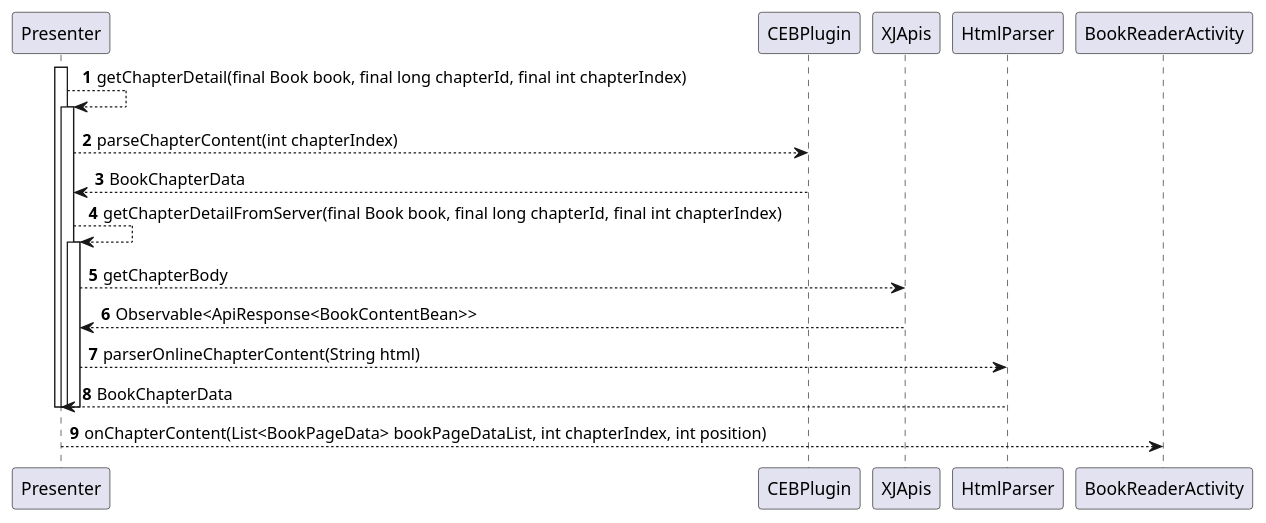
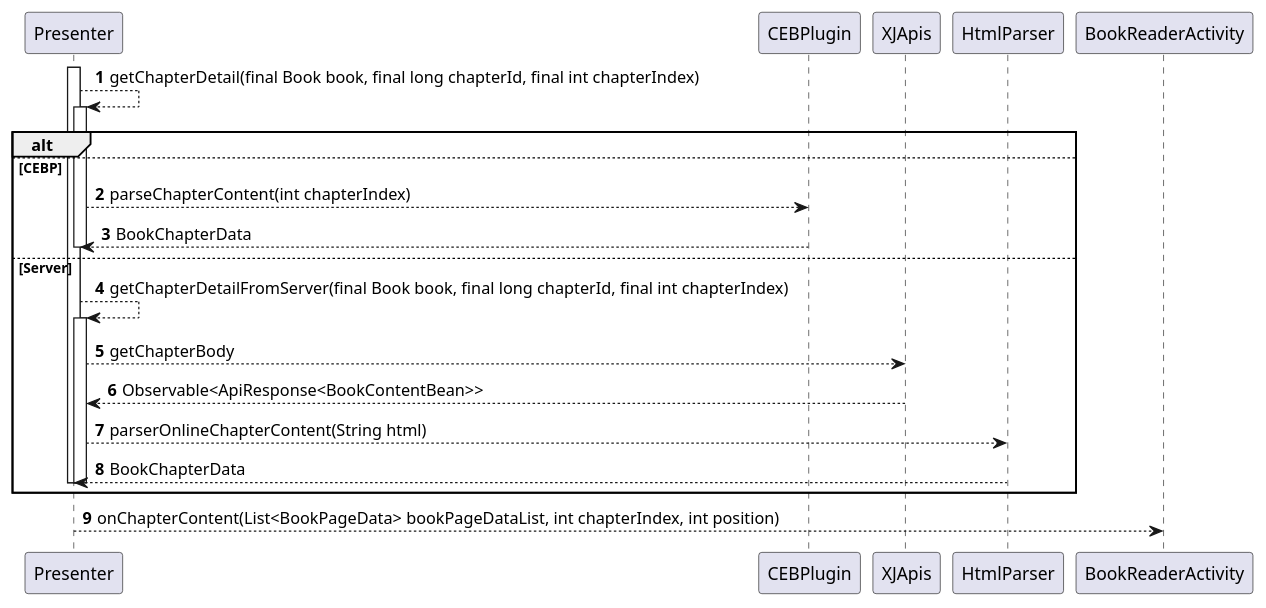
The diagram in uml/reader/module/reader/sequence/reader_data.puml (yufns/uml), drawn with PlantUML before and after one commit. The commit also changed 1 other file, not shown here.

```diff
--- a/uml/reader/module/reader/sequence/reader_data.puml
+++ b/uml/reader/module/reader/sequence/reader_data.puml
@@ -1,21 +1,26 @@
 @startuml
 autonumber
 activate Presenter
 Presenter --> Presenter : getChapterDetail(final Book book, final long chapterId, final int chapterIndex)
+alt
+else CEBP
 activate Presenter
 Presenter --> CEBPlugin : parseChapterContent(int chapterIndex)
 Presenter <-- CEBPlugin : BookChapterData
+deactivate Presenter
 
+else Server
 Presenter --> Presenter : getChapterDetailFromServer(final Book book, final long chapterId, final int chapterIndex)
 activate Presenter
 Presenter --> XJApis : getChapterBody
 Presenter <-- XJApis : Observable<ApiResponse<BookContentBean>>
 Presenter --> HtmlParser : parserOnlineChapterContent(String html)
 Presenter <-- HtmlParser : BookChapterData
 deactivate Presenter
 deactivate Presenter
-deactivate Presenter
+end
+
 
 Presenter --> BookReaderActivity : onChapterContent(List<BookPageData> bookPageDataList, int chapterIndex, int position)
 
 @enduml
```
